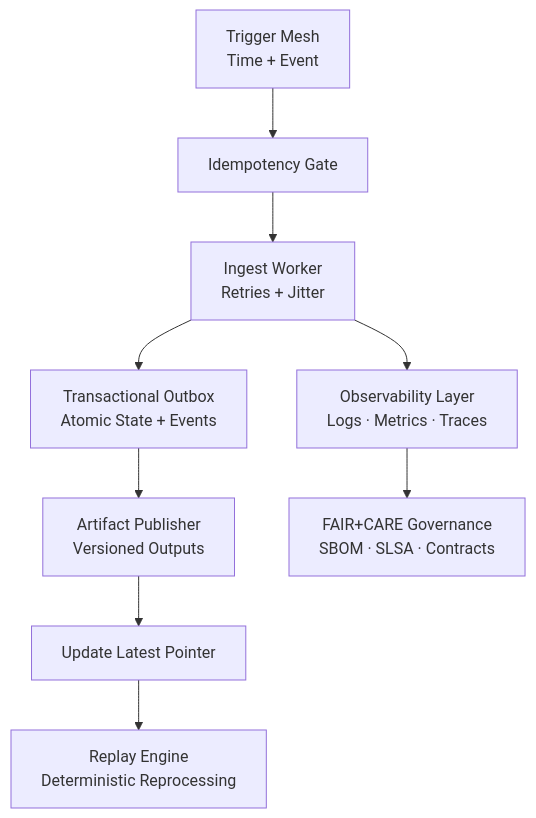
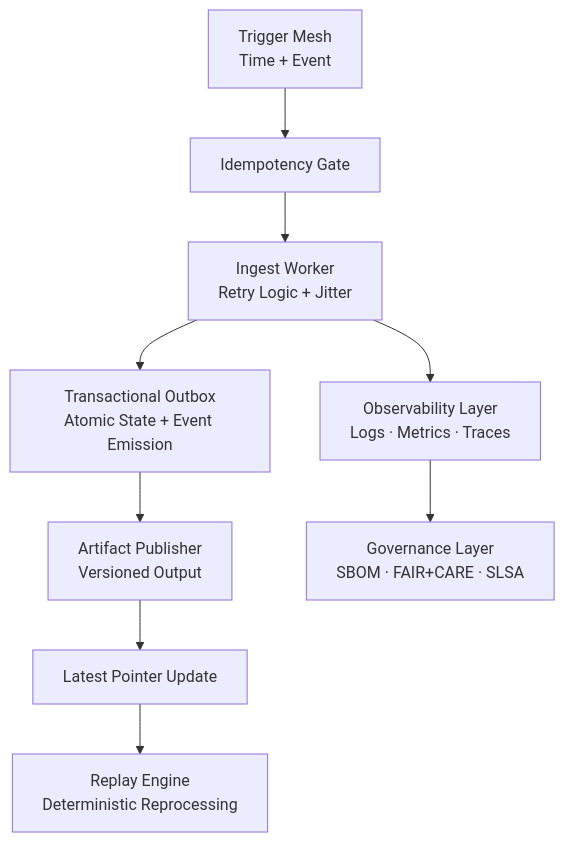
The diagram in src/pipelines/architecture/reliable-pipelines.md (bartytime4life/Kansas-Frontier-Matrix), drawn with Mermaid before and after one commit. The commit also changed other lines of this file, not shown here.

First line of the commit message:
Revise reliable pipeline architecture documentation

```diff
--- a/src/pipelines/architecture/reliable-pipelines.md
+++ b/src/pipelines/architecture/reliable-pipelines.md
@@ -279,11 +260,11 @@
 ~~~~~mermaid
 flowchart TD
   A["Trigger Mesh<br/>Time + Event"] --> B["Idempotency Gate"]
-  B --> C["Ingest Worker<br/>Retries + Jitter"]
-  C --> D["Transactional Outbox<br/>Atomic State + Events"]
-  D --> E["Artifact Publisher<br/>Versioned Outputs"]
-  E --> F["Update Latest Pointer"]
+  B --> C["Ingest Worker<br/>Retry Logic + Jitter"]
+  C --> D["Transactional Outbox<br/>Atomic State + Event Emission"]
+  D --> E["Artifact Publisher<br/>Versioned Output"]
+  E --> F["Latest Pointer Update"]
   F --> G["Replay Engine<br/>Deterministic Reprocessing"]
   C --> H["Observability Layer<br/>Logs · Metrics · Traces"]
-  H --> I["FAIR+CARE Governance<br/>SBOM · SLSA · Contracts"]
+  H --> I["Governance Layer<br/>SBOM · FAIR+CARE · SLSA"]
 ~~~~~
```
